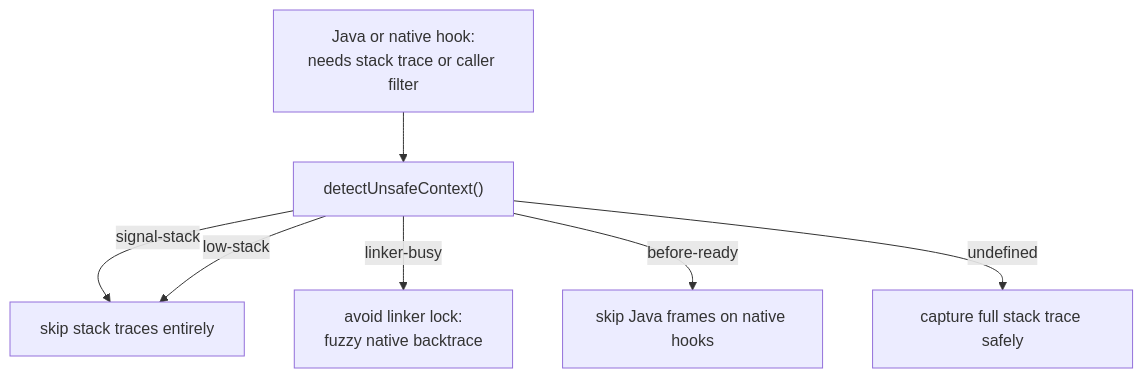
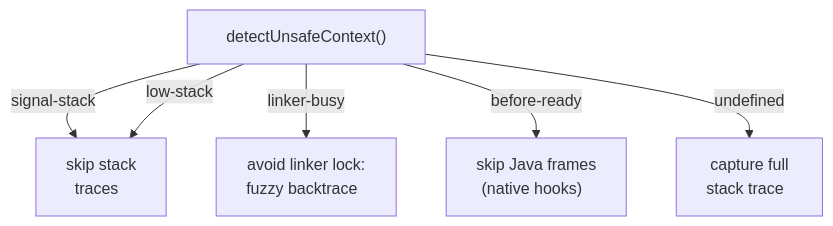
One commit to bernhste/frooky changed the ninth of 12 diagrams in docs/under-the-hood.md. Above: the diagram before and after it, drawn with Mermaid.

Commit message:
updated graph

````diff
--- a/docs/under-the-hood.md
+++ b/docs/under-the-hood.md
@@ -469,9 +469,9 @@
 ```mermaid
 flowchart TD
-    hook["Java or native hook:<br/>needs stack trace or caller filter"] --> check["detectUnsafeContext()"]
-    check -->|"signal-stack"| skip["skip stack traces entirely"]
+    check["&nbsp; detectUnsafeContext() &nbsp;"]
+    check -->|"signal-stack"| skip["skip stack<br/>traces &nbsp;"]
     check -->|"low-stack"| skip
-    check -->|"linker-busy"| fallback["avoid linker lock:<br/>fuzzy native backtrace"]
-    check -->|"before-ready"| noJava["skip Java frames on native hooks"]
-    check -->|"undefined"| safe["capture full stack trace safely"]
+    check -->|"linker-busy"| fallback["avoid linker lock:<br/>fuzzy backtrace &nbsp;"]
+    check -->|"before-ready"| noJava["skip Java frames<br/>(native hooks) &nbsp;"]
+    check -->|"undefined"| safe["capture full<br/>stack trace &nbsp;"]
 ```
````
